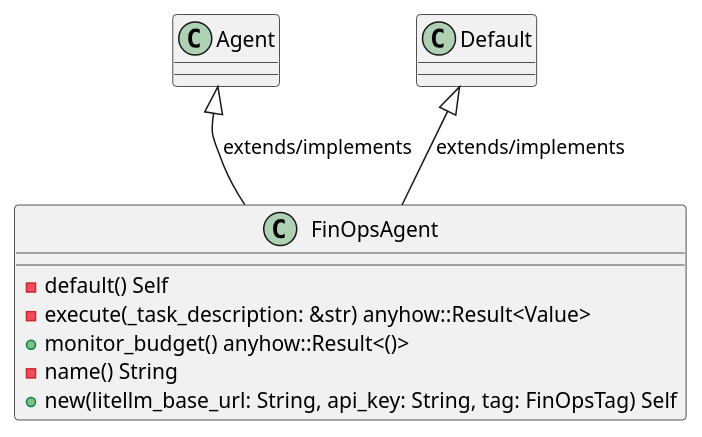
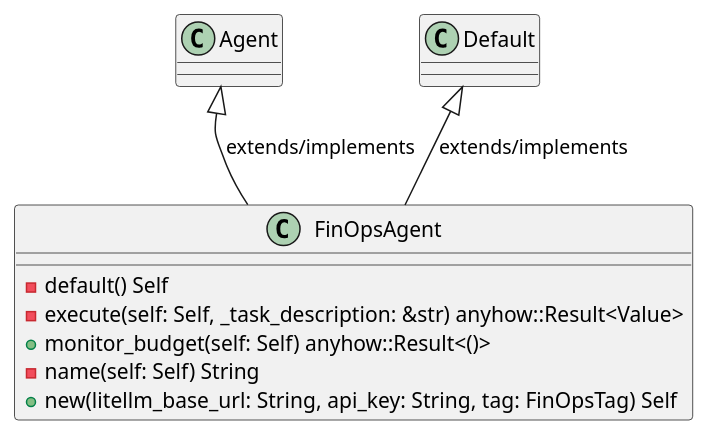
One commit to lgcorzo/rust_CACD_autonomous_factory changed the first of 6 diagrams in openwiki/crates_factory_application_src_agents_finops.md. Above: the diagram before and after it, drawn with PlantUML. The commit also changed other lines of this file and 95 other files, not shown here.

````diff
--- a/openwiki/crates_factory_application_src_agents_finops.md
+++ b/openwiki/crates_factory_application_src_agents_finops.md
@@ -109,14 +109,14 @@
 ```plantuml
 @startuml
 class FinOpsAgent {
     -default() Self
-    -execute(_task_description: &str) anyhow::Result<Value>
-    +monitor_budget() anyhow::Result<()>
-    -name() String
+    -execute(self: Self, _task_description: &str) anyhow::Result<Value>
+    +monitor_budget(self: Self) anyhow::Result<()>
+    -name(self: Self) String
     +new(litellm_base_url: String, api_key: String, tag: FinOpsTag) Self
 }
 Agent <|-- FinOpsAgent : extends/implements
 Default <|-- FinOpsAgent : extends/implements
 @enduml
 
 ```
````
